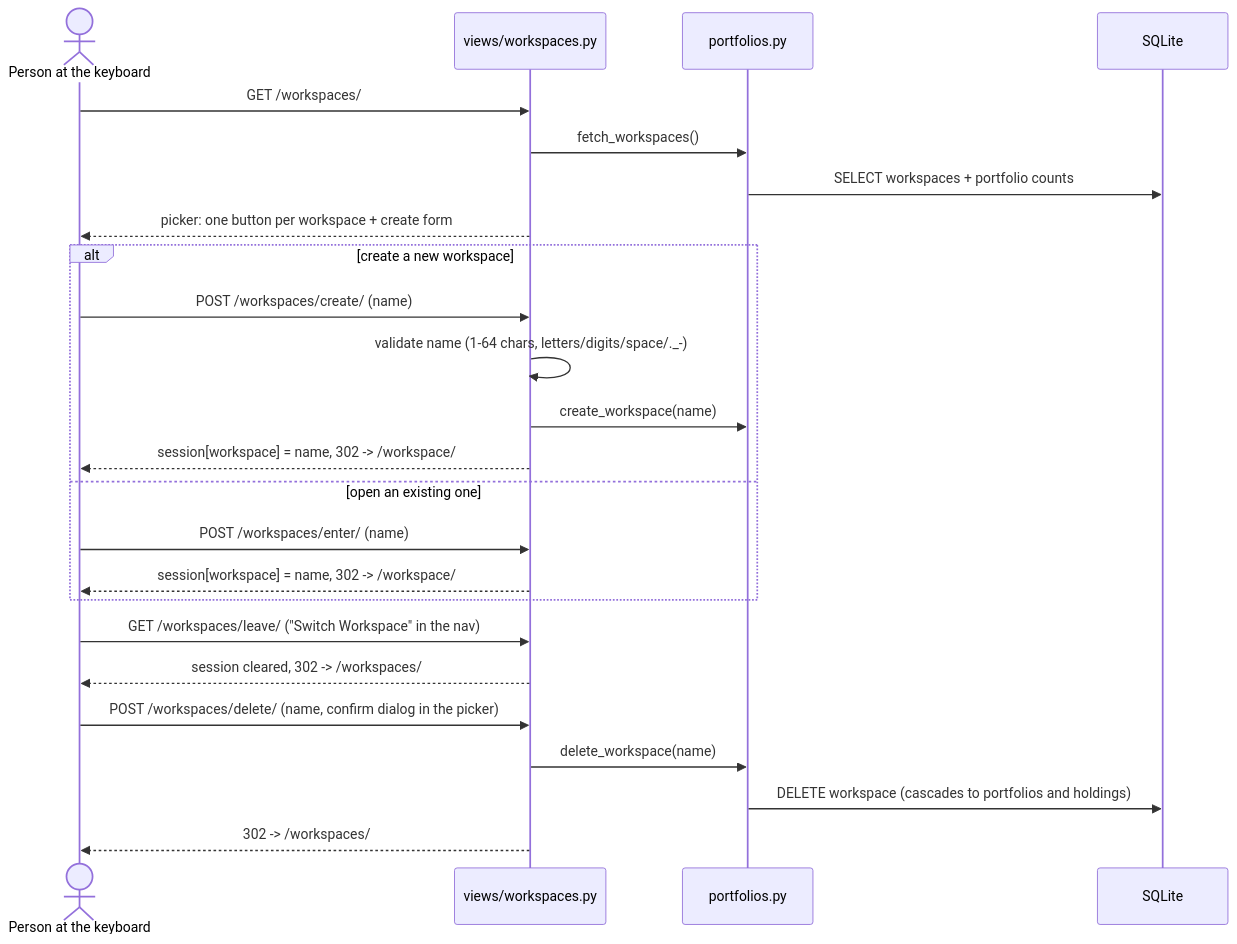
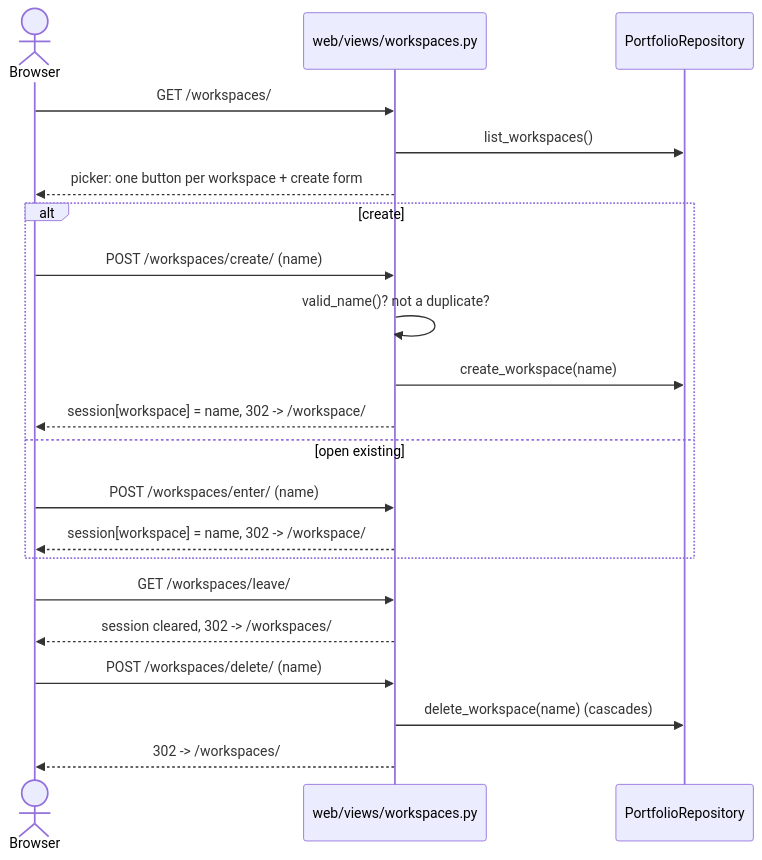
Before and after one commit to rramboer/WolvWealth: the third of 9 diagrams in ARCHITECTURE.md, drawn with Mermaid. The commit also changed other lines of this file and 68 other files, not shown here.

````diff
--- a/ARCHITECTURE.md
+++ b/ARCHITECTURE.md
@@ -140,30 +138,24 @@
 ```mermaid
 sequenceDiagram
-    actor U as Person at the keyboard
-    participant W as views/workspaces.py
-    participant P as portfolios.py
-    participant DB as SQLite
+    actor U as Browser
+    participant V as web/views/workspaces.py
+    participant R as PortfolioRepository
 
-    U->>W: GET /workspaces/
-    W->>P: fetch_workspaces()
-    P->>DB: SELECT workspaces + portfolio counts
-    W-->>U: picker: one button per workspace + create form
-
-    alt create a new workspace
-        U->>W: POST /workspaces/create/ (name)
-        W->>W: validate name (1-64 chars, letters/digits/space/._-)
-        W->>P: create_workspace(name)
-        W-->>U: session[workspace] = name, 302 -> /workspace/
-    else open an existing one
-        U->>W: POST /workspaces/enter/ (name)
-        W-->>U: session[workspace] = name, 302 -> /workspace/
+    U->>V: GET /workspaces/
+    V->>R: list_workspaces()
+    V-->>U: picker: one button per workspace + create form
+    alt create
+        U->>V: POST /workspaces/create/ (name)
+        V->>V: valid_name()? not a duplicate?
+        V->>R: create_workspace(name)
+        V-->>U: session[workspace] = name, 302 -> /workspace/
+    else open existing
+        U->>V: POST /workspaces/enter/ (name)
+        V-->>U: session[workspace] = name, 302 -> /workspace/
     end
-
-    U->>W: GET /workspaces/leave/ ("Switch Workspace" in the nav)
-    W-->>U: session cleared, 302 -> /workspaces/
-
-    U->>W: POST /workspaces/delete/ (name, confirm dialog in the picker)
-    W->>P: delete_workspace(name)
-    P->>DB: DELETE workspace (cascades to portfolios and holdings)
-    W-->>U: 302 -> /workspaces/
+    U->>V: GET /workspaces/leave/
+    V-->>U: session cleared, 302 -> /workspaces/
+    U->>V: POST /workspaces/delete/ (name)
+    V->>R: delete_workspace(name) (cascades)
+    V-->>U: 302 -> /workspaces/
 ```
````
